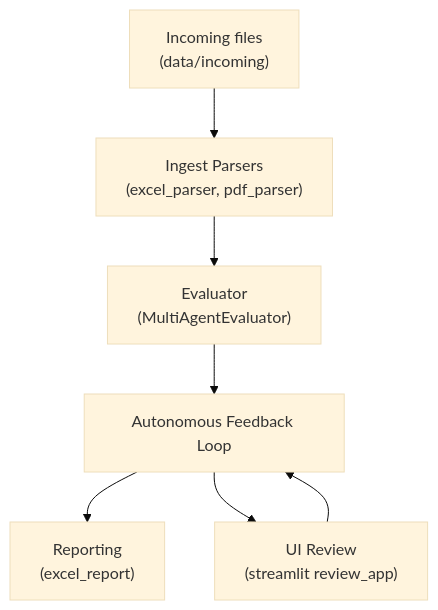
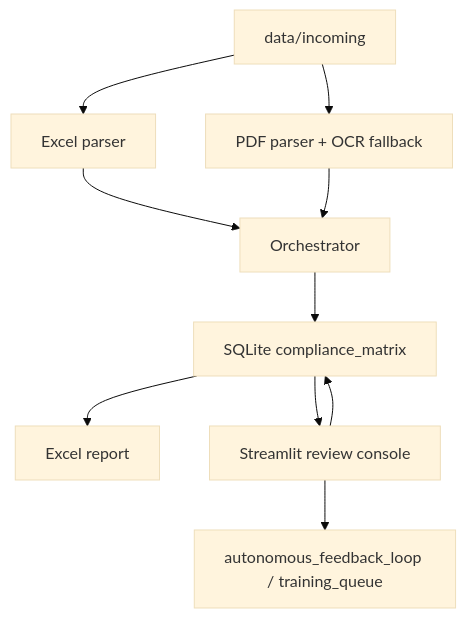
The diagram in README.md (chandu1234678/tender-and-vendor), drawn with Mermaid (base theme) before and after one commit. The commit also changed other lines of this file and 48 other files, not shown here.

````diff
--- a/README.md
+++ b/README.md
@@ -50,9 +90,12 @@
 ```mermaid
 flowchart TB
-	A["Incoming files<br/> (data/incoming)"] --> B["Ingest Parsers<br/> (excel_parser, pdf_parser)"]
-	B --> C["Evaluator<br/> (MultiAgentEvaluator)"]
-	C --> D["SQLite Store<br/> (data/parsed/app.db)"]
-	D --> E["Reporting<br/> (excel_report)"]
-	D --> F["UI Review<br/> (streamlit review_app)"]
-	F --> D["Autonomous Feedback Loop"]
+    A["data/incoming"] --> B["Excel parser"]
+    A --> C["PDF parser + OCR fallback"]
+    B --> D["Orchestrator"]
+    C --> D
+    D --> E["SQLite compliance_matrix"]
+    E --> F["Excel report"]
+    E --> G["Streamlit review console"]
+    G --> E
+    G --> H["autonomous_feedback_loop / training_queue"]
 ```
````
